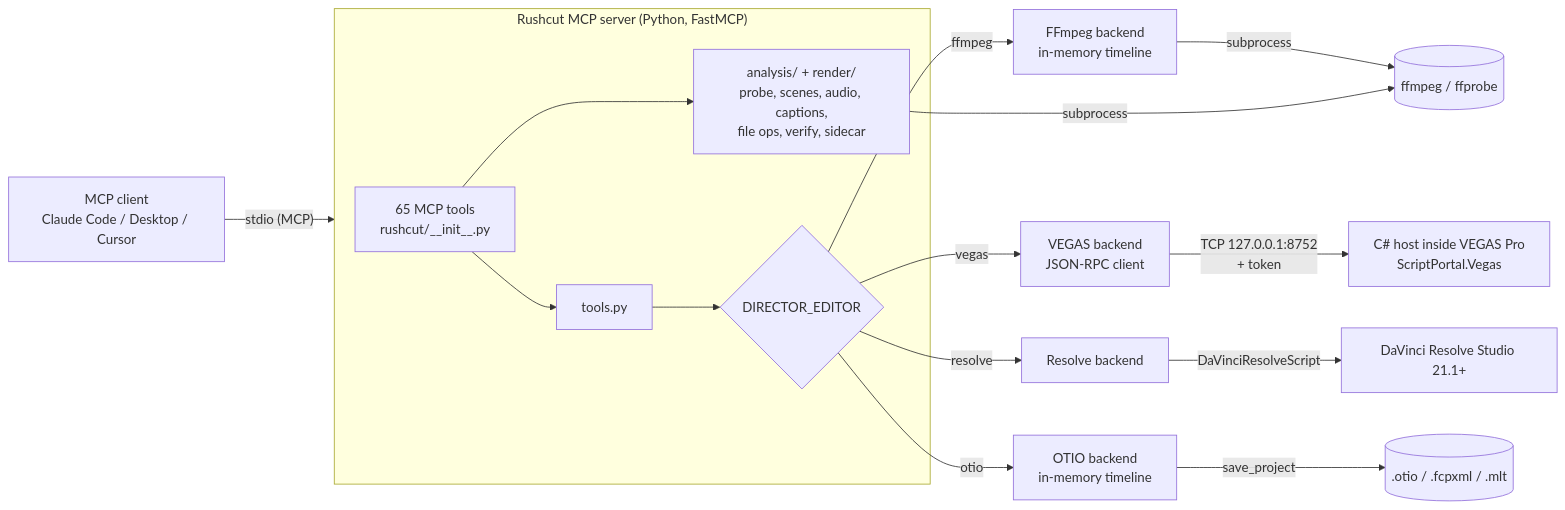
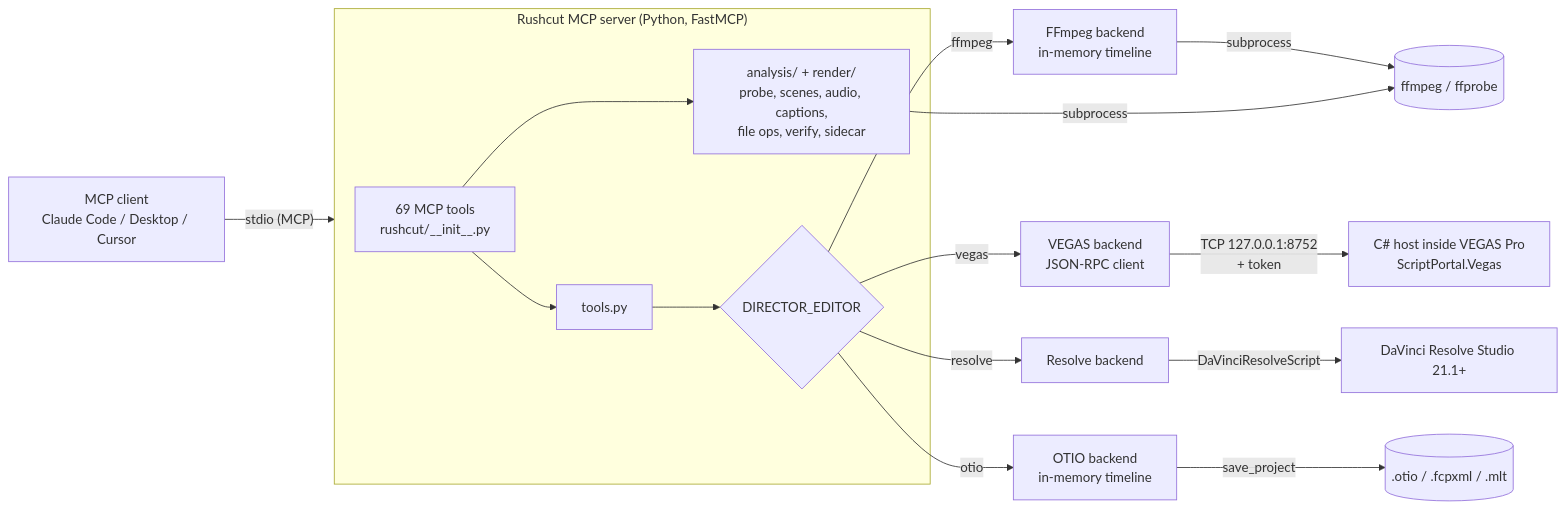
One commit to RFingAdam/rushcut changed the diagram in README.md. Above: the diagram before and after it, drawn with Mermaid. The commit also changed other lines of this file and 12 other files, not shown here.

````diff
--- a/README.md
+++ b/README.md
@@ -221,21 +294,21 @@
 ```mermaid
 flowchart LR
     client["MCP client<br/>Claude Code / Desktop / Cursor"] -- "stdio (MCP)" --> server
 
     subgraph server["Rushcut MCP server (Python, FastMCP)"]
-        tools["65 MCP tools<br/>rushcut/__init__.py"] --> facade["tools.py"]
+        tools["69 MCP tools<br/>rushcut/__init__.py"] --> facade["tools.py"]
         facade --> select{"DIRECTOR_EDITOR"}
         tools --> analysis["analysis/ + render/<br/>probe, scenes, audio, captions,<br/>file ops, verify, sidecar"]
     end
 
     select -- ffmpeg --> ff["FFmpeg backend<br/>in-memory timeline"]
     select -- vegas --> vg["VEGAS backend<br/>JSON-RPC client"]
     select -- resolve --> rs["Resolve backend"]
     select -- otio --> ot["OTIO backend<br/>in-memory timeline"]
 
     ff -- "subprocess" --> ffmpeg[("ffmpeg / ffprobe")]
     analysis -- "subprocess" --> ffmpeg
     vg -- "TCP 127.0.0.1:8752<br/>+ token" --> host["C# host inside VEGAS Pro<br/>ScriptPortal.Vegas"]
     rs -- "DaVinciResolveScript" --> resolve["DaVinci Resolve Studio 21.1+"]
     ot -- "save_project" --> files[(".otio / .fcpxml / .mlt")]
 ```
````
